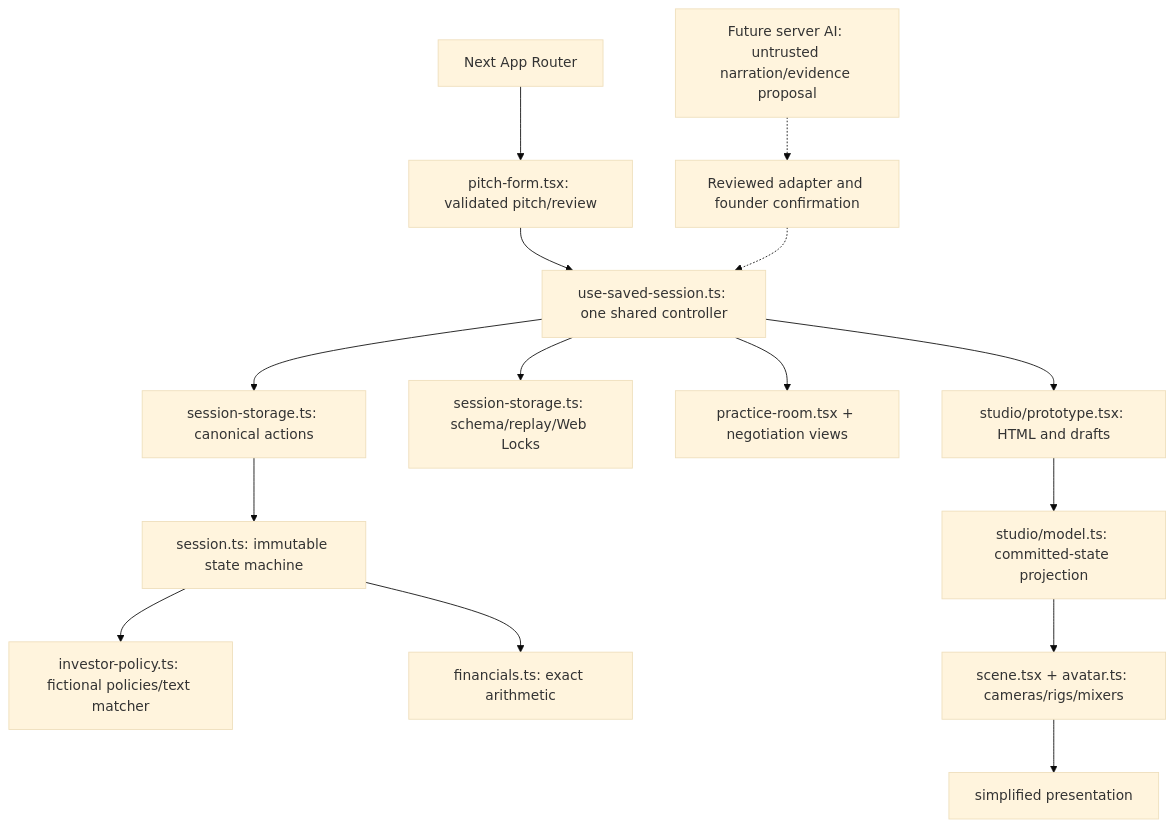
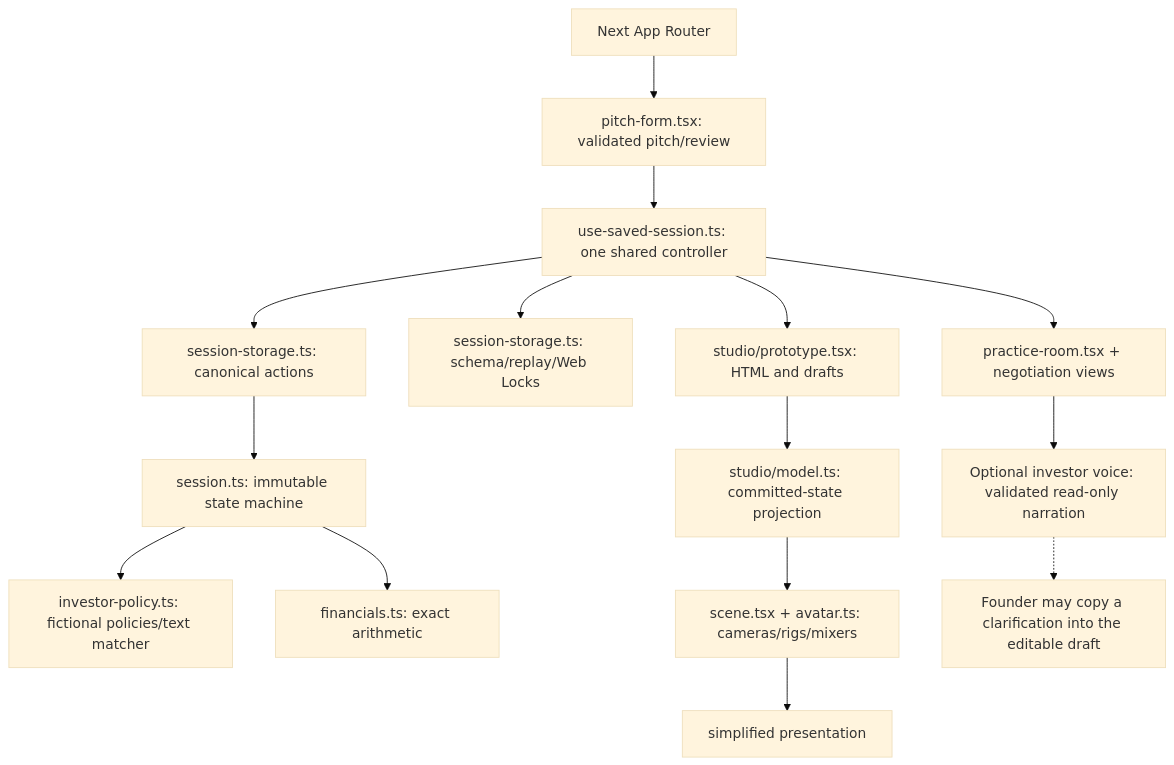
The diagram in docs/ARCHITECTURE.md (SalvadorCarvalhal673/Shark-Tank-AI), drawn with Mermaid (base theme) before and after one commit. The commit also changed other lines of this file and 3 other files, not shown here.

````diff
--- a/docs/ARCHITECTURE.md
+++ b/docs/ARCHITECTURE.md
@@ -3,17 +3,17 @@
 ```mermaid
 flowchart TD
  Routes["Next App Router"] --> Intake["pitch-form.tsx: validated pitch/review"]
  Intake --> Controller["use-saved-session.ts: one shared controller"]
  Controller --> Journal["session-storage.ts: canonical actions"]
  Journal --> Reducer["session.ts: immutable state machine"]
  Reducer --> Policies["investor-policy.ts: fictional policies/text matcher"]
  Reducer --> Finance["financials.ts: exact arithmetic"]
  Controller --> Storage["session-storage.ts: schema/replay/Web Locks"]
  Controller --> UI["practice-room.tsx + negotiation views"]
  Controller --> HTML["studio/prototype.tsx: HTML and drafts"]
  HTML --> Cues["studio/model.ts: committed-state projection"]
  Cues --> Canvas["scene.tsx + avatar.ts: cameras/rigs/mixers"]
  Canvas --> Fallback["simplified presentation"]
- AI["Future server AI: untrusted narration/evidence proposal"] -.-> Confirmation["Reviewed adapter and founder confirmation"]
- Confirmation -.-> Controller
+ UI --> Voice["Optional investor voice: validated read-only narration"]
+ Voice -.-> Draft["Founder may copy a clarification into the editable draft"]
 ```
````
